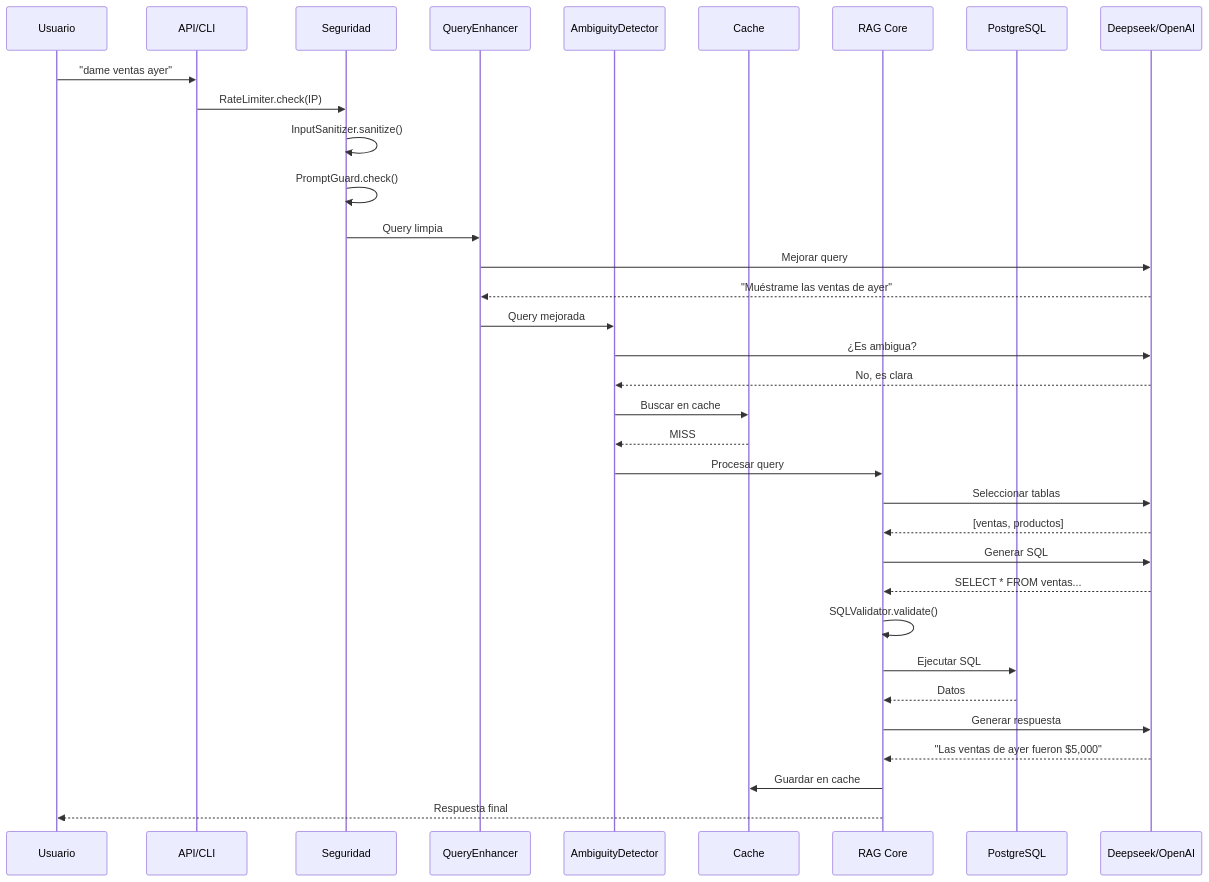
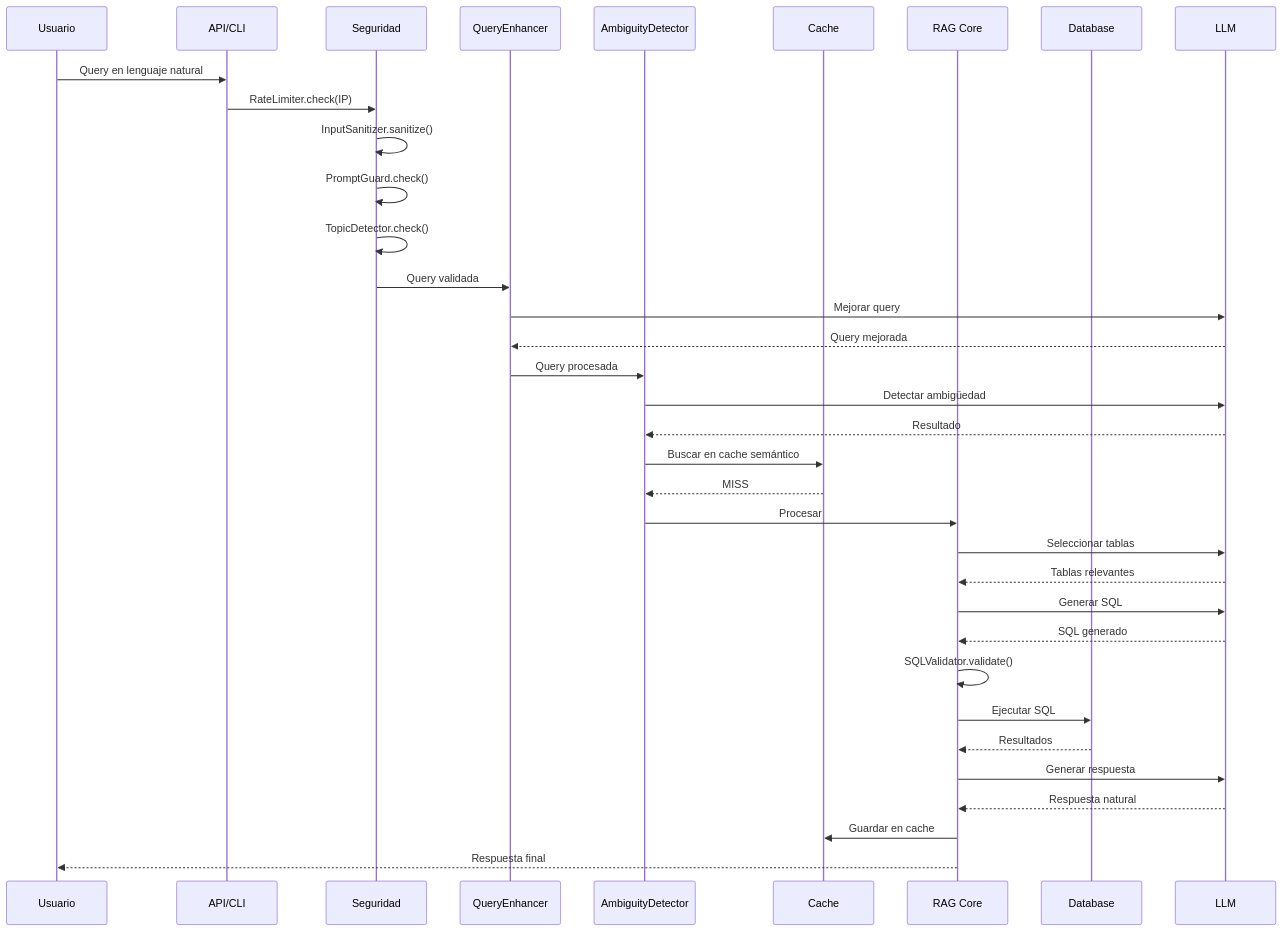
Before and after one commit to ander0code/rag_sql: the second of 2 diagrams in docs/flujos_rag.md, drawn with Mermaid. The commit also changed other lines of this file and 73 other files, not shown here.

````diff
--- a/docs/flujos_rag.md
+++ b/docs/flujos_rag.md
@@ -74,45 +87,46 @@
 ```mermaid
 sequenceDiagram
     participant U as Usuario
     participant API as API/CLI
     participant SEC as Seguridad
     participant ENH as QueryEnhancer
     participant AMB as AmbiguityDetector
     participant CAC as Cache
     participant RAG as RAG Core
-    participant DB as PostgreSQL
-    participant LLM as Deepseek/OpenAI
+    participant DB as Database
+    participant LLM as LLM
 
-    U->>API: "dame ventas ayer"
+    U->>API: Query en lenguaje natural
     API->>SEC: RateLimiter.check(IP)
     SEC->>SEC: InputSanitizer.sanitize()
     SEC->>SEC: PromptGuard.check()
-    SEC->>ENH: Query limpia
+    SEC->>SEC: TopicDetector.check()
+    SEC->>ENH: Query validada
     
     ENH->>LLM: Mejorar query
-    LLM-->>ENH: "Muéstrame las ventas de ayer"
+    LLM-->>ENH: Query mejorada
     
-    ENH->>AMB: Query mejorada
-    AMB->>LLM: ¿Es ambigua?
-    LLM-->>AMB: No, es clara
+    ENH->>AMB: Query procesada
+    AMB->>LLM: Detectar ambigüedad
+    LLM-->>AMB: Resultado
     
-    AMB->>CAC: Buscar en cache
+    AMB->>CAC: Buscar en cache semántico
     CAC-->>AMB: MISS
     
-    AMB->>RAG: Procesar query
+    AMB->>RAG: Procesar
     RAG->>LLM: Seleccionar tablas
-    LLM-->>RAG: [ventas, productos]
+    LLM-->>RAG: Tablas relevantes
     
     RAG->>LLM: Generar SQL
-    LLM-->>RAG: SELECT * FROM ventas...
+    LLM-->>RAG: SQL generado
     
     RAG->>RAG: SQLValidator.validate()
     RAG->>DB: Ejecutar SQL
-    DB-->>RAG: Datos
+    DB-->>RAG: Resultados
     
     RAG->>LLM: Generar respuesta
-    LLM-->>RAG: "Las ventas de ayer fueron $5,000"
+    LLM-->>RAG: Respuesta natural
     
     RAG->>CAC: Guardar en cache
     RAG-->>U: Respuesta final
 ```
````
